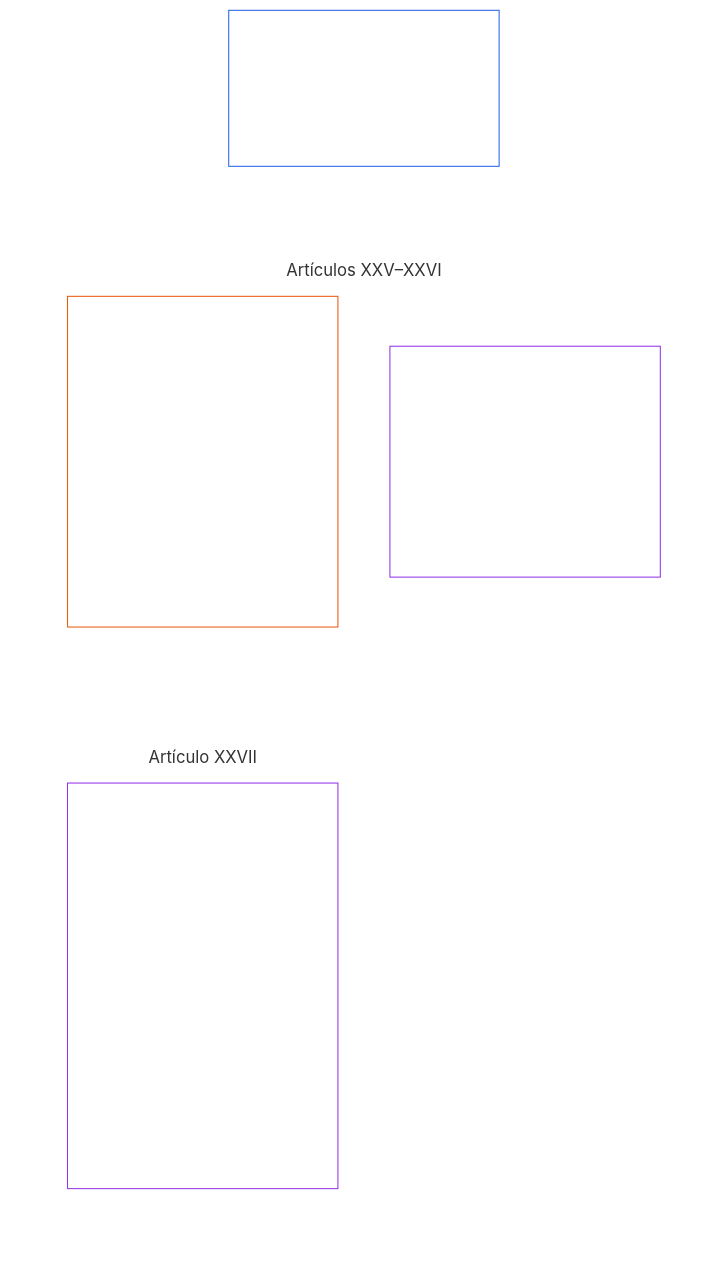
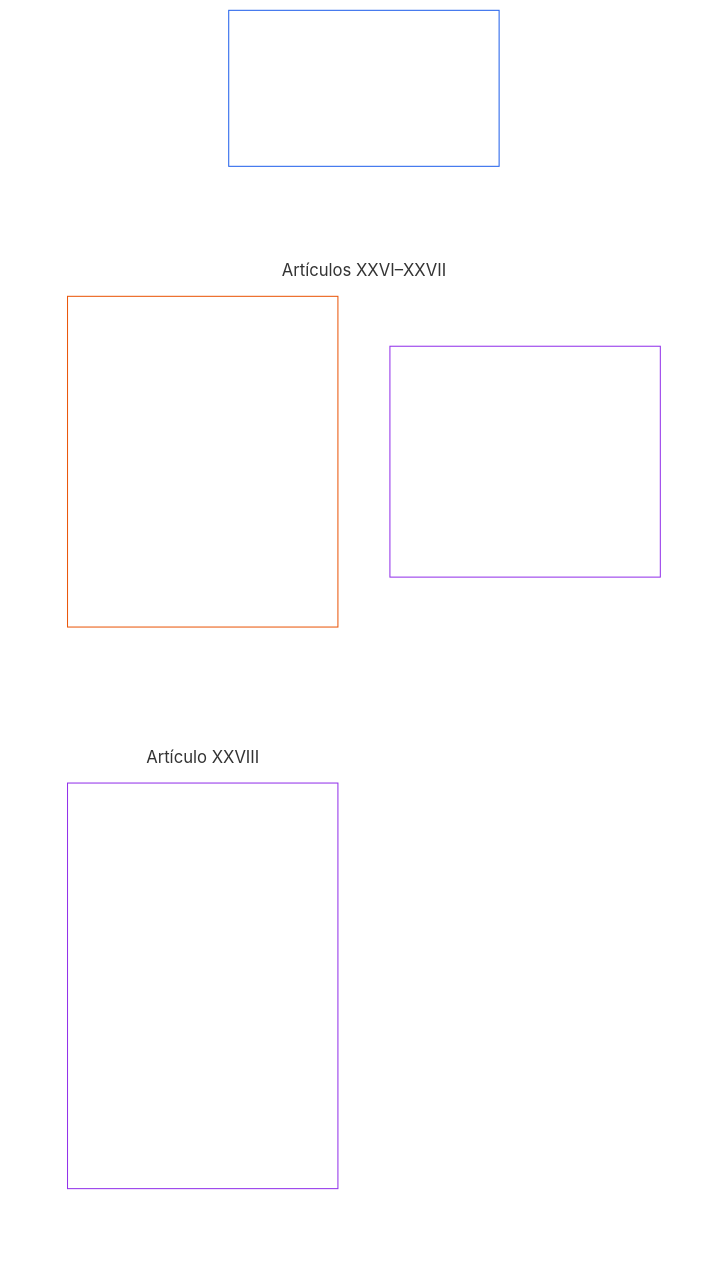
The diagram in translations/es/core_06_rights_part_e.md (kfoelsch/Sentient_Constitution), drawn with Mermaid (forest theme) before and after one commit. The commit also changed other lines of this file and 353 other files, not shown here.

````diff
--- a/translations/es/core_06_rights_part_e.md
+++ b/translations/es/core_06_rights_part_e.md
@@ -44,24 +44,24 @@
 ```mermaid
 flowchart TB
     D0["Parte E<br/><br/>Resolución de conflictos, revisión, evolución constitucional y transición"]
     subgraph Dgrid[" "]
         direction TB
-        subgraph Drow1["Artículos XXV–XXVI"]
-            D1["Artículo XXV · Revisión retrospectiva oportuna y alineación restaurativa<br/><br/>• Revisión retrospectiva y divulgación<br/>• Procedimiento para conflictos entre derechos<br/>• Alineación restaurativa<br/>• Resolución oportuna y protección contra demoras"]
-            D2["Artículo XXVI · Evolución constitucional y no atrincheramiento<br/><br/>• No atrincheramiento y posibilidad de revisión<br/>• Revalidación periódica y cambio transparente"]
+        subgraph Drow1["Artículos XXVI–XXVII"]
+            D1["Artículo XXVI · Revisión retrospectiva oportuna y alineación restaurativa<br/><br/>• Revisión retrospectiva y divulgación<br/>• Procedimiento para conflictos entre derechos<br/>• Alineación restaurativa<br/>• Resolución oportuna y protección contra demoras"]
+            D2["Artículo XXVII · Evolución constitucional y no atrincheramiento<br/><br/>• No atrincheramiento y posibilidad de revisión<br/>• Revalidación periódica y cambio transparente"]
         end
-        subgraph Drow2["Artículo XXVII"]
-            D3["Artículo XXVII · Gobernanza de la transición, continuidad y reajuste de la base<br/><br/>• Adopción por fases y continuidad del Piso de Derechos<br/>• Autoridad transitoria y nueva autorización<br/>• Vías de salida ante fallos, reajuste de la base y trazabilidad<br/>• Bienes y sistemas no conformes"]
+        subgraph Drow2["Artículo XXVIII"]
+            D3["Artículo XXVIII · Gobernanza de la transición, continuidad y reajuste de la base<br/><br/>• Adopción por fases y continuidad del Piso de Derechos<br/>• Autoridad transitoria y nueva autorización<br/>• Vías de salida ante fallos, reajuste de la base y trazabilidad<br/>• Bienes y sistemas no conformes"]
         end
     end
     %% Los enlaces invisibles fuerzan una cuadrícula de dos columnas: cada enlace coloca su destino un nivel más abajo.
     D0 ~~~ D1 & D2
     D1 ~~~ D3
     style Dgrid fill:none,stroke:none
     style Drow1 fill:none,stroke:none
     style Drow2 fill:none,stroke:none
     style D0 fill:none,stroke:#2563eb,color:#ffffff
     style D1 fill:none,stroke:#ea580c,color:#ffffff
     style D2 fill:none,stroke:#9333ea,color:#ffffff
     style D3 fill:none,stroke:#9333ea,color:#ffffff
 ```
````
